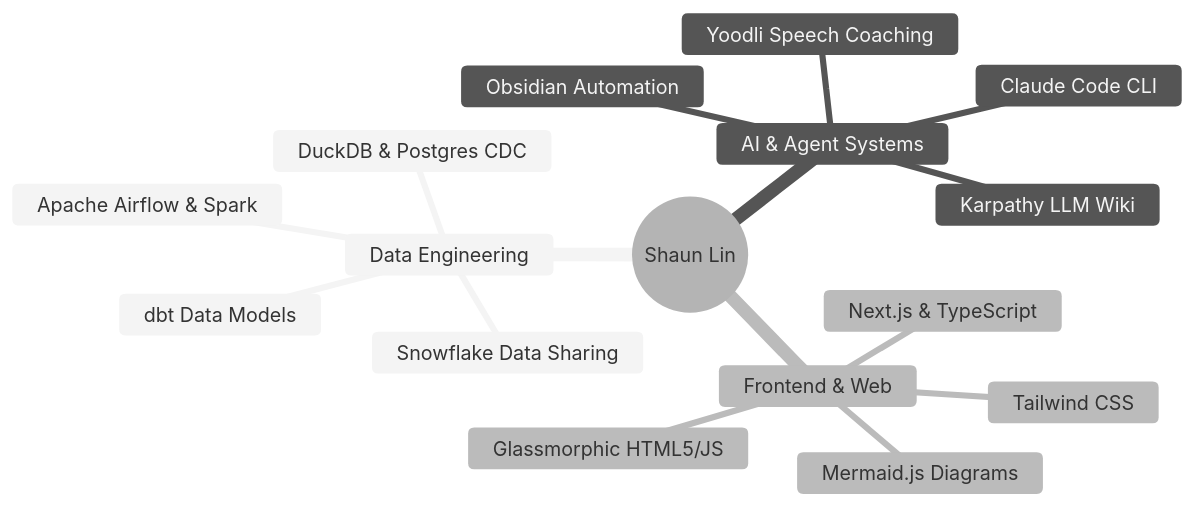
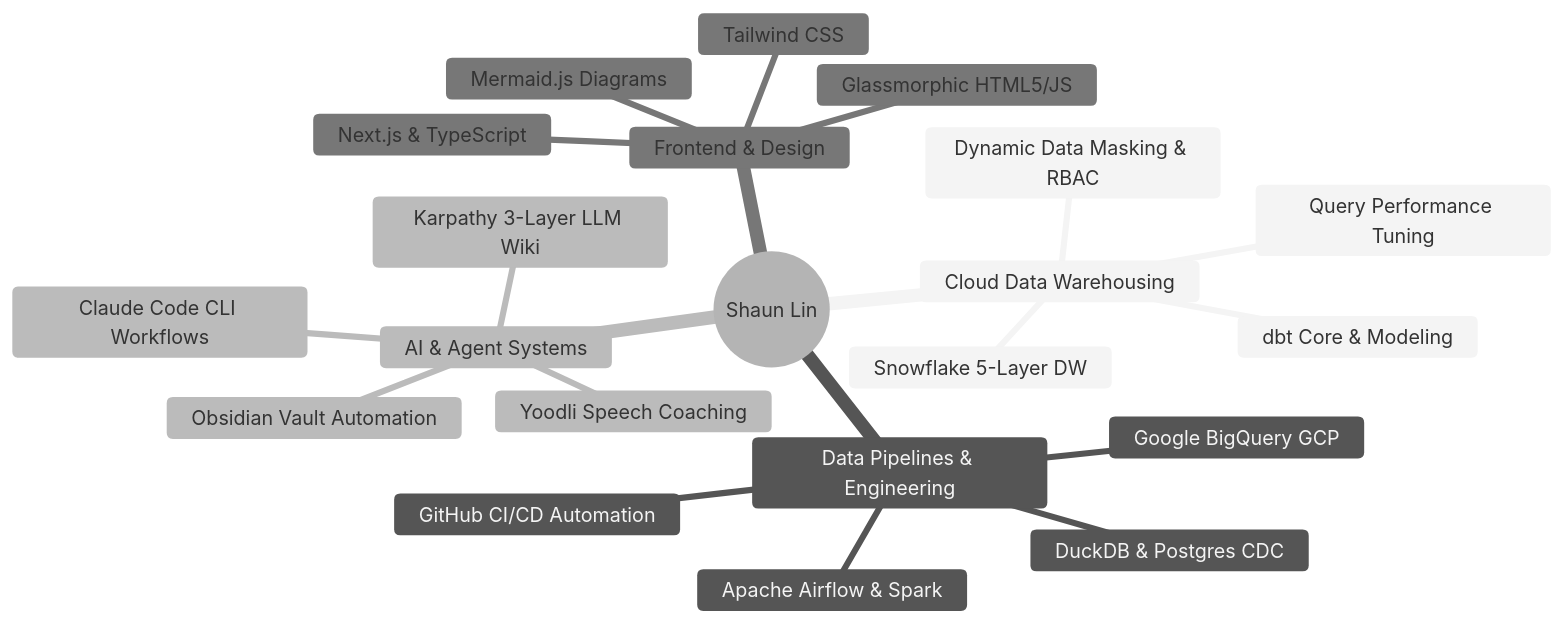
The diagram in README.md (ShaunDataAnalytics/ShaunDataAnalytics.github.io), drawn with Mermaid (neutral theme) before and after one commit. The commit also changed other lines of this file, not shown here.

````diff
--- a/README.md
+++ b/README.md
@@ -40,19 +46,24 @@
 ```mermaid
 mindmap
   root((Shaun Lin))
-    Data Engineering
-      Snowflake Data Sharing
+    Cloud Data Warehousing
+      Snowflake 5-Layer DW
+      dbt Core & Modeling
+      Dynamic Data Masking & RBAC
+      Query Performance Tuning
+    Data Pipelines & Engineering
       Apache Airflow & Spark
+      Google BigQuery GCP
       DuckDB & Postgres CDC
-      dbt Data Models
+      GitHub CI/CD Automation
     AI & Agent Systems
-      Claude Code CLI
-      Karpathy LLM Wiki
+      Claude Code CLI Workflows
+      Karpathy 3-Layer LLM Wiki
       Yoodli Speech Coaching
-      Obsidian Automation
-    Frontend & Web
+      Obsidian Vault Automation
+    Frontend & Design
       Next.js & TypeScript
       Tailwind CSS
       Glassmorphic HTML5/JS
       Mermaid.js Diagrams
 ```
````
